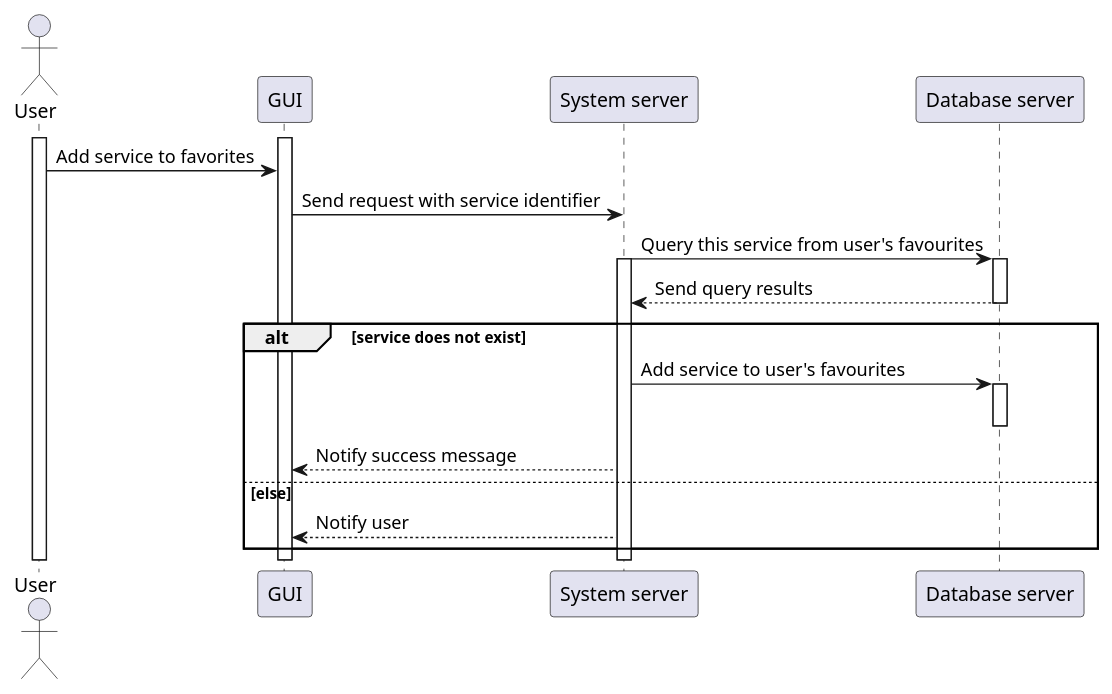
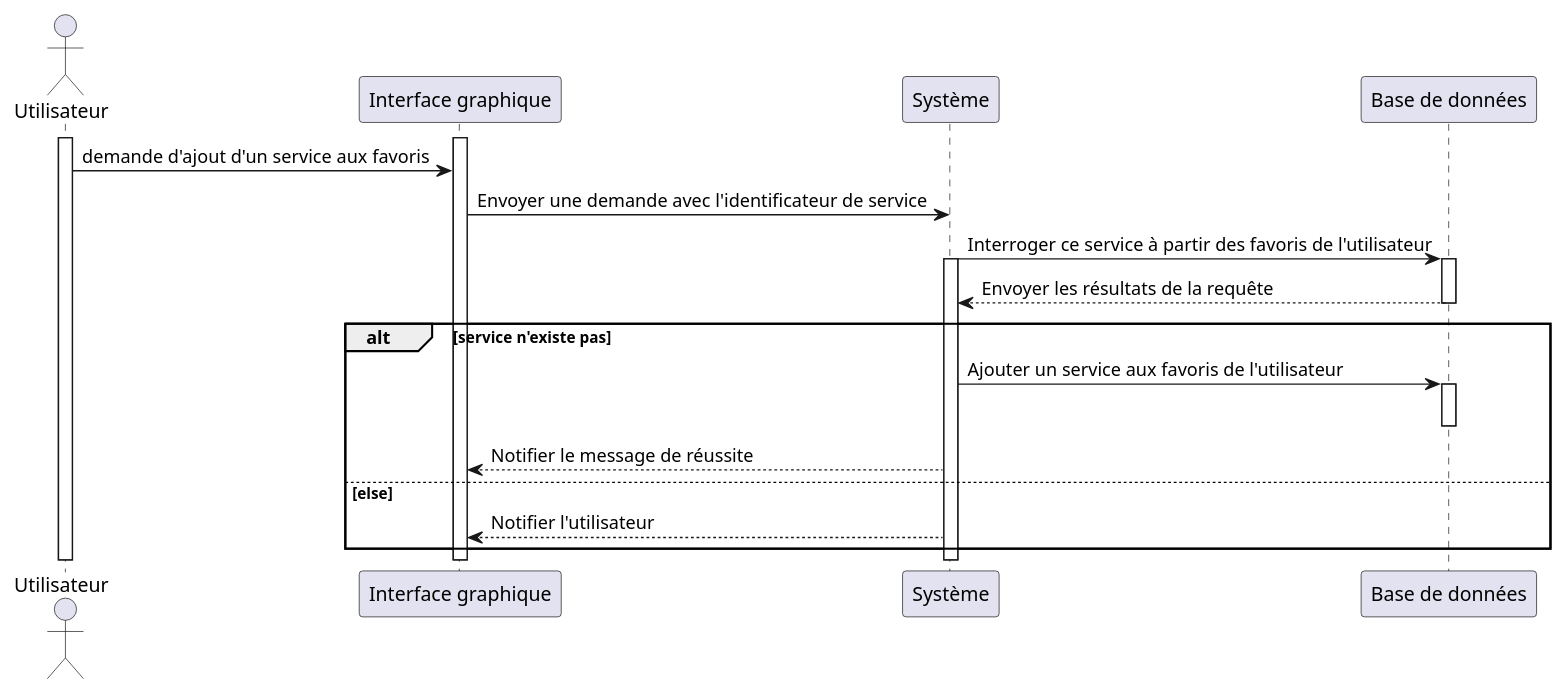
Before and after one commit to techguyseli/touristy: the fourth of 6 diagrams in rapport/uml/plantuml/sequence.pu, drawn with PlantUML. The commit also changed other lines of this file and 10 other files, not shown here.

Commit message:
fixed all uml

```diff
--- a/rapport/uml/plantuml/sequence.pu
+++ b/rapport/uml/plantuml/sequence.pu
@@ -80,23 +84,23 @@
 @startuml add_favourites
-actor User as usr
-participant "GUI" as fr
-participant "System server" as sys
-participant "Database server" as db
+actor Utilisateur as usr
+participant "Interface graphique" as fr
+participant "Système" as sys
+participant "Base de données" as db
 activate usr
 activate fr
-usr -> fr : Add service to favorites
-fr -> sys : Send request with service identifier
-sys -> db : Query this service from user's favourites
+usr -> fr : demande d'ajout d'un service aux favoris
+fr -> sys : Envoyer une demande avec l'identificateur de service
+sys -> db : Interroger ce service à partir des favoris de l'utilisateur
 activate sys
 activate db
-db --> sys : Send query results
+db --> sys : Envoyer les résultats de la requête
 deactivate db
-alt service does not exist
-    sys -> db : Add service to user's favourites
+alt service n'existe pas
+    sys -> db : Ajouter un service aux favoris de l'utilisateur
     activate db
     deactivate db
-    sys --> fr : Notify success message
+    sys --> fr : Notifier le message de réussite
 else else
-    sys --> fr : Notify user    
+    sys --> fr : Notifier l'utilisateur   
 end
 @enduml
```
